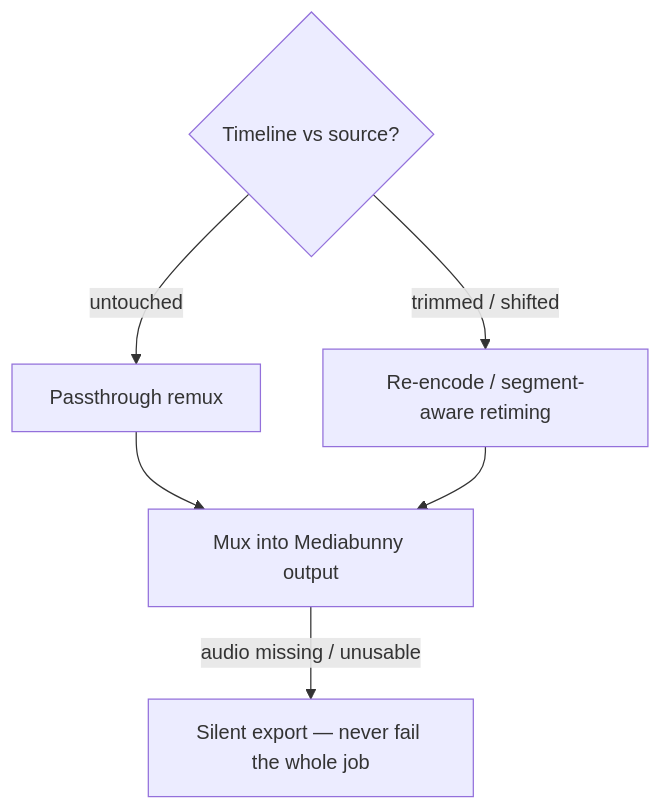
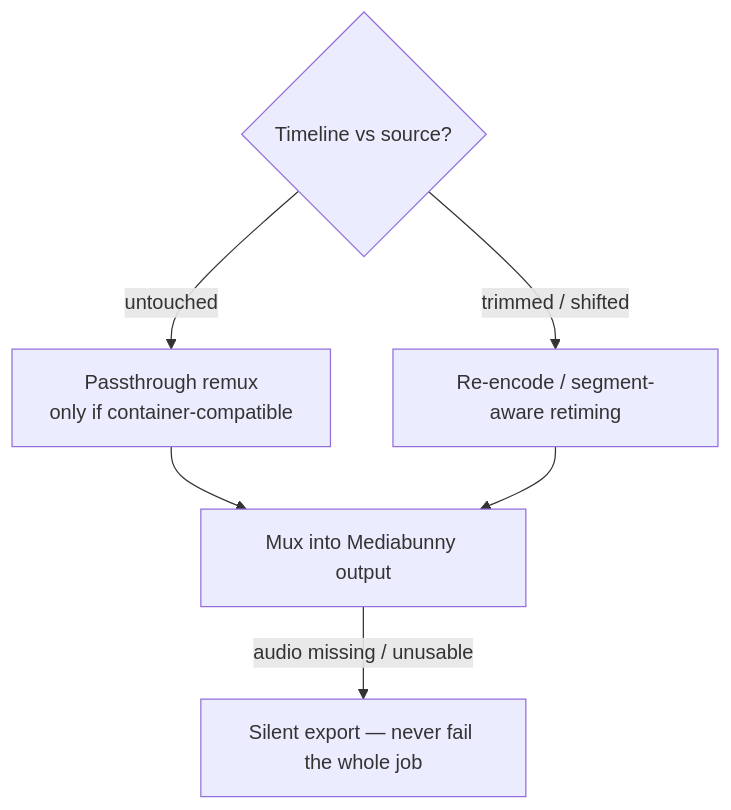
One commit to ShivaBhattacharjee/Tokokino changed the sixth of 6 diagrams in wiki/core/animation-export.md. Above: the diagram before and after it, drawn with Mermaid. The commit also changed other lines of this file and 1 other file, not shown here.

Commit message:
docs(wiki): record the media buffer scale and audio codec narrowing
The video-export page described remux as "if possible", which is what the
code used to do — it now checks the codec against containerAudioCodecs
rather than the muxer's capability list.

````diff
--- a/wiki/core/animation-export.md
+++ b/wiki/core/animation-export.md
@@ -226,9 +226,9 @@
 ```mermaid
 flowchart TD
   Q{"Timeline vs source?"}
-  Q -->|untouched| PASS["Passthrough remux"]
+  Q -->|untouched| PASS["Passthrough remux<br/>only if container-compatible"]
   Q -->|trimmed / shifted| RETIME["Re-encode / segment-aware retiming"]
   PASS --> MUX["Mux into Mediabunny output"]
   RETIME --> MUX
   MUX -->|audio missing / unusable| SILENT["Silent export — never fail the whole job"]
 ```
````
